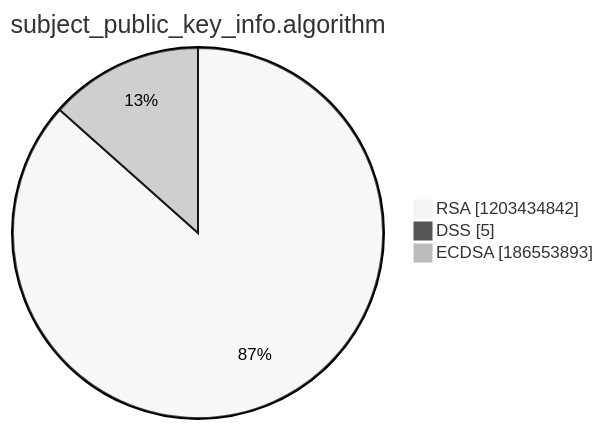
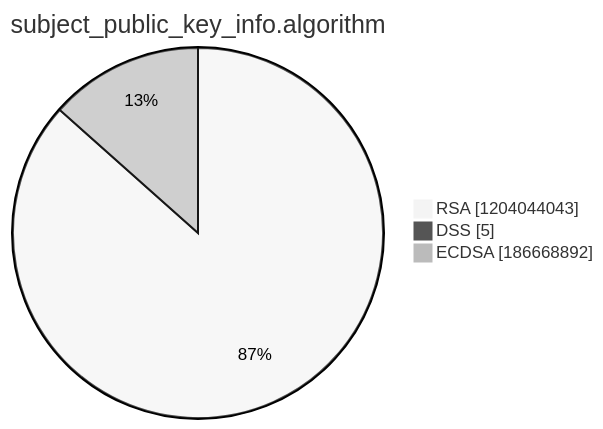
One commit to christiankrug/ctmonitor_visualization changed the third of 15 diagrams in argon2022/README.md. Above: the diagram before and after it, drawn with Mermaid (neutral theme). The commit also changed other lines of this file, not shown here.

````diff
--- a/argon2022/README.md
+++ b/argon2022/README.md
@@ -14,7 +14,7 @@
 ```mermaid
 pie showData
 title subject_public_key_info.algorithm
-"RSA" :1203434842
+"RSA" :1204044043
 "DSS" :5
-"ECDSA" :186553893
+"ECDSA" :186668892
 ```
````
